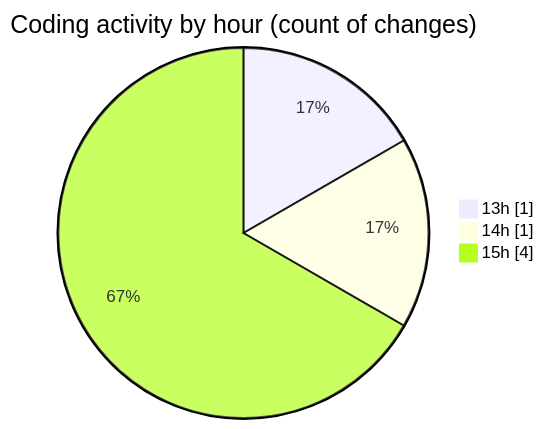
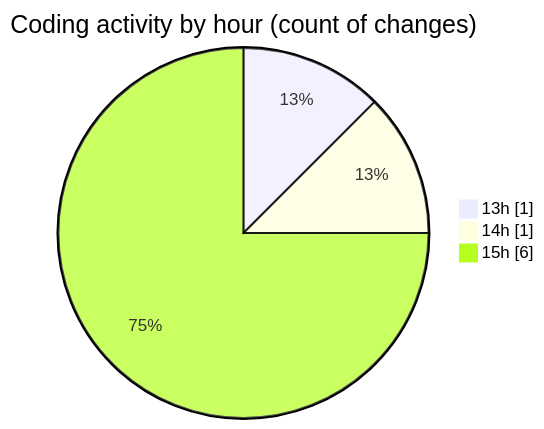
One commit to nxtqubesakshisongat/code-tracking changed the second of 2 diagrams in 2026-07-06/nxtqube_webapp/README.md. Above: the diagram before and after it, drawn with Mermaid. The commit also changed other lines of this file and 1 other file, not shown here.

````diff
--- a/2026-07-06/nxtqube_webapp/README.md
+++ b/2026-07-06/nxtqube_webapp/README.md
@@ -30,7 +30,7 @@
 ```mermaid
 pie showData
 title Coding activity by hour (count of changes)
 "13h" : 1
 "14h" : 1
-"15h" : 4
+"15h" : 6
 ```
````
